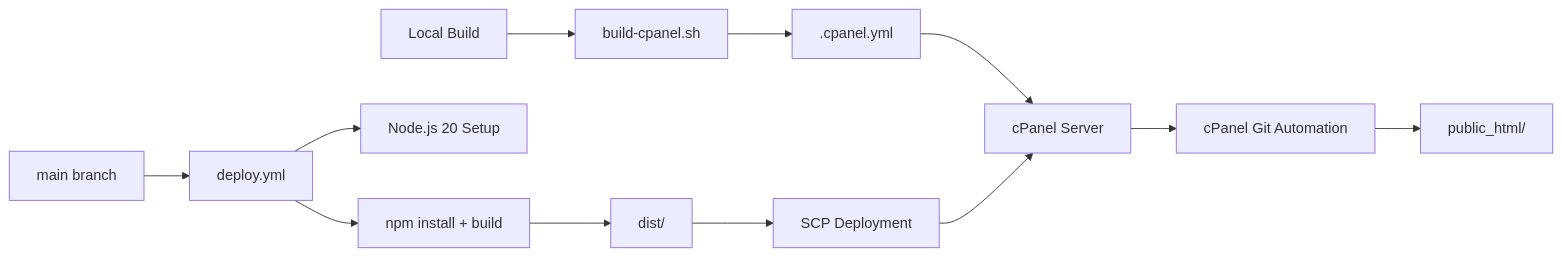
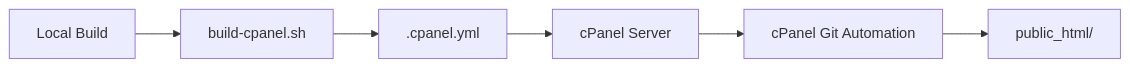
The third of 3 diagrams in .qoder/repowiki/en/content/Development Workflow/CI_CD Pipeline.md (netdaniel/serveflow), drawn with Mermaid before and after one commit. The commit also changed other lines of this file and 15 other files, not shown here.

````diff
--- a/.qoder/repowiki/en/content/Development Workflow/CI_CD Pipeline.md
+++ b/.qoder/repowiki/en/content/Development Workflow/CI_CD Pipeline.md
@@ -278,14 +233,8 @@
 ```mermaid
 graph LR
-MAIN["main branch"] --> DEPLOY["deploy.yml"]
 LOCAL["Local Build"] --> BUILDCP["build-cpanel.sh"]
 BUILDCP --> CPANEL[".cpanel.yml"]
 CPANEL --> SERVER["cPanel Server"]
-DEPLOY --> NODE["Node.js 20 Setup"]
-DEPLOY --> DEPS["npm install + build"]
-DEPS --> DIST["dist/"]
-DIST --> SCP["SCP Deployment"]
-SCP --> SERVER
 SERVER --> AUTOMATION["cPanel Git Automation"]
 AUTOMATION --> PUBLIC["public_html/"]
 ```
````
